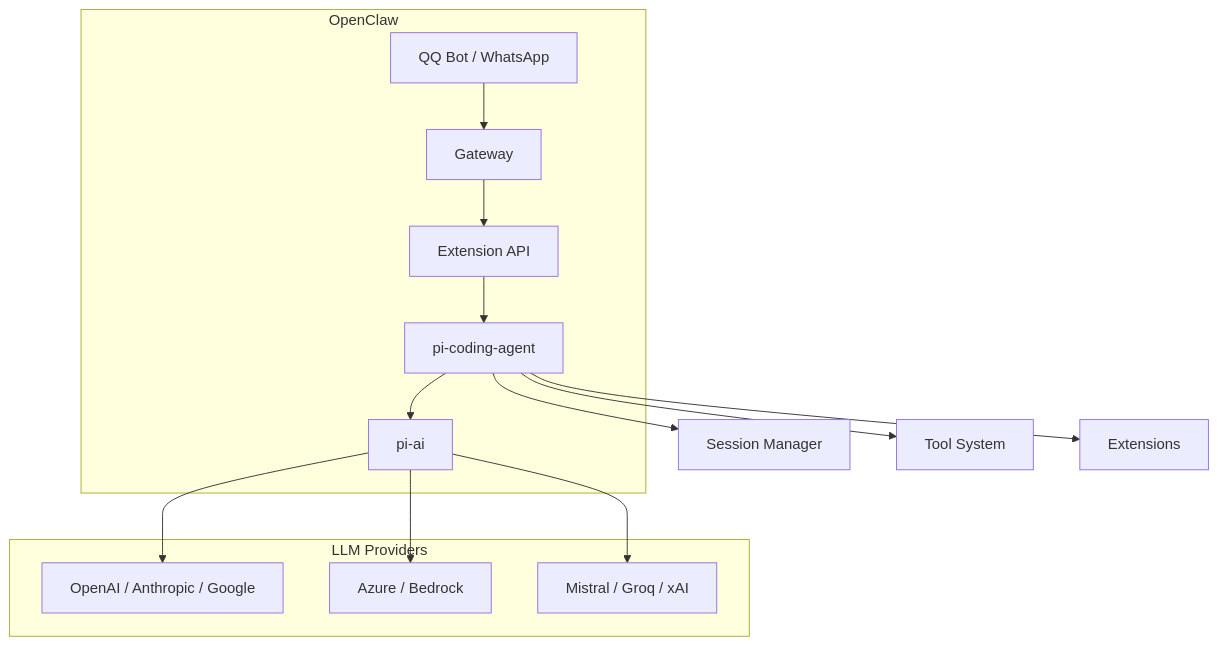
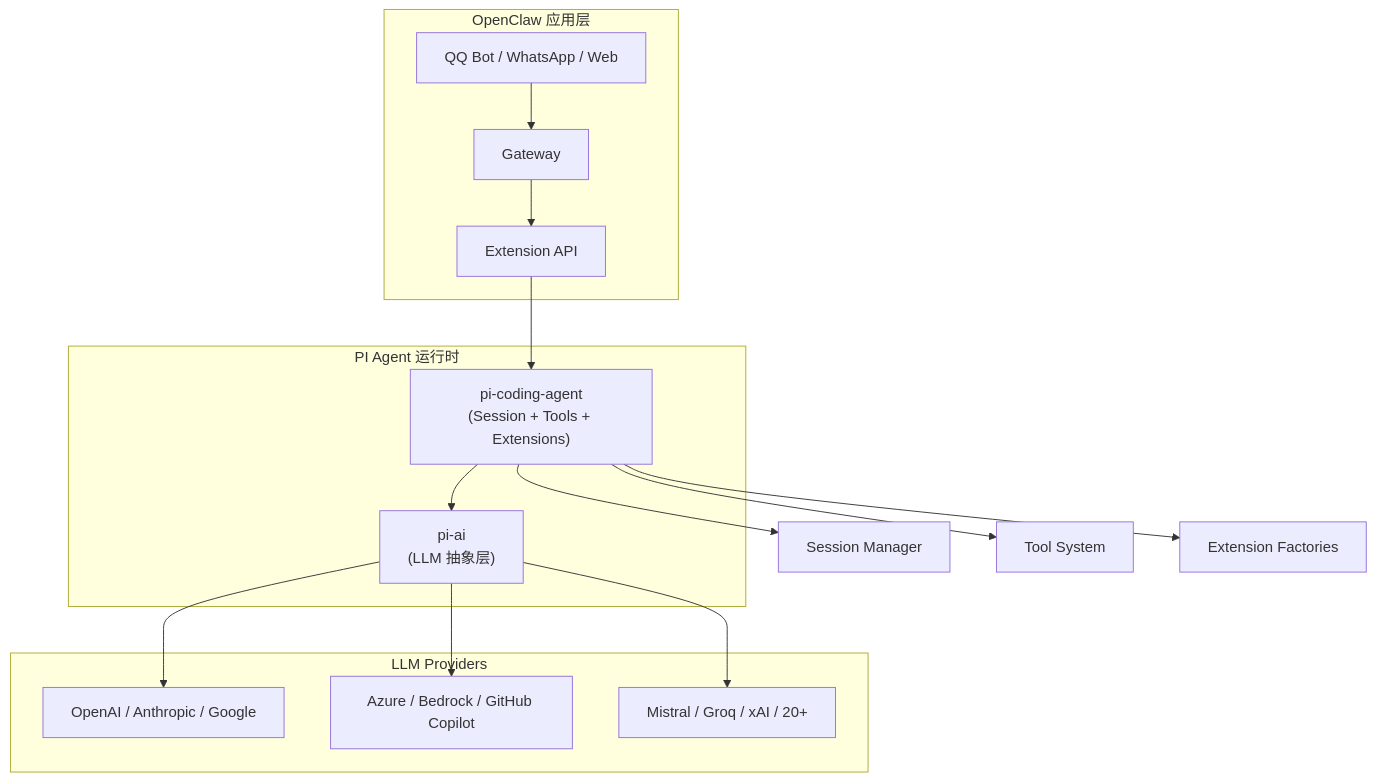
The first of 9 diagrams in openclaw/PI-AGENT-GUIDE.md (caicongyang/bloger), drawn with Mermaid before and after one commit. The commit also changed other lines of this file and 13 other files, not shown here.

````diff
--- a/openclaw/PI-AGENT-GUIDE.md
+++ b/openclaw/PI-AGENT-GUIDE.md
@@ -41,19 +51,22 @@
 ```mermaid
 graph TB
-    subgraph "OpenClaw"
-        A[QQ Bot / WhatsApp] --> B[Gateway]
+    subgraph "OpenClaw 应用层"
+        A[QQ Bot / WhatsApp / Web] --> B[Gateway]
         B --> C[Extension API]
-        C --> D[pi-coding-agent]
-        D --> E[pi-ai]
     end
-    
+
+    subgraph "PI Agent 运行时"
+        C --> D["pi-coding-agent<br/>(Session + Tools + Extensions)"]
+        D --> E["pi-ai<br/>(LLM 抽象层)"]
+    end
+
     subgraph "LLM Providers"
         E --> F[OpenAI / Anthropic / Google]
-        E --> G[Azure / Bedrock]
-        E --> H[Mistral / Groq / xAI]
+        E --> G[Azure / Bedrock / GitHub Copilot]
+        E --> H[Mistral / Groq / xAI / 20+]
     end
-    
+
     D --> D1[Session Manager]
     D --> D2[Tool System]
-    D --> D3[Extensions]
+    D --> D3[Extension Factories]
 ```
````
